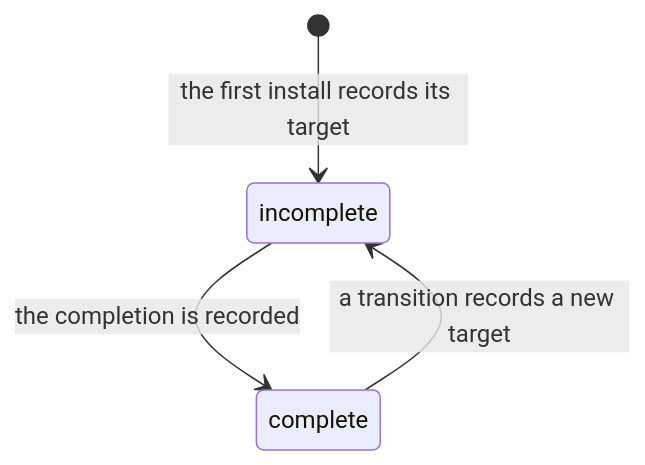
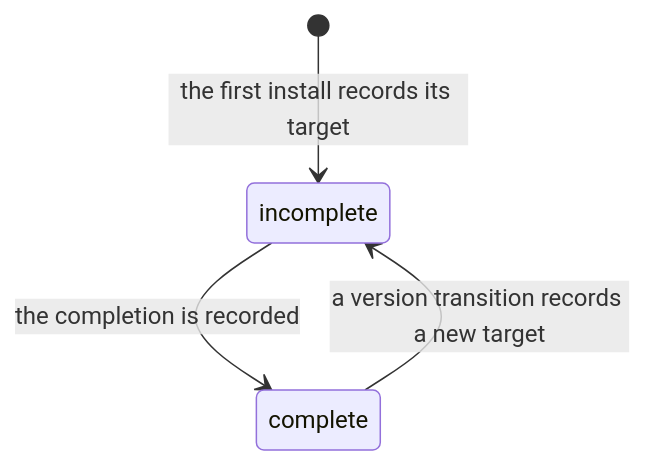
Before and after one commit to aleskalfas/project-kit: the third of 4 diagrams in tech-docs/analysis/core/domain-model/040-versions-and-copies.md, drawn with Mermaid. The commit also changed other lines of this file and 11 other files, not shown here.

First line of the commit message:
docs: the analysis names the version transition in full, and UC-037 its check's command

````diff
--- a/tech-docs/analysis/core/domain-model/040-versions-and-copies.md
+++ b/tech-docs/analysis/core/domain-model/040-versions-and-copies.md
@@ -211,8 +211,8 @@
 ```mermaid
 stateDiagram-v2
   accTitle: The states of the backbone's recorded version
-  accDescr: The first install or a transition records a target, and the recorded version is incomplete. Once every migration has run, the completion is recorded, and the recorded version is complete until the next transition records a new target.
+  accDescr: The first install or a version transition records a target, and the recorded version is incomplete. Once every migration has run, the completion is recorded, and the recorded version is complete until the next version transition records a new target.
   [*] --> incomplete : the first install records its target
   incomplete --> complete : the completion is recorded
-  complete --> incomplete : a transition records a new target
+  complete --> incomplete : a version transition records a new target
 ```
````
